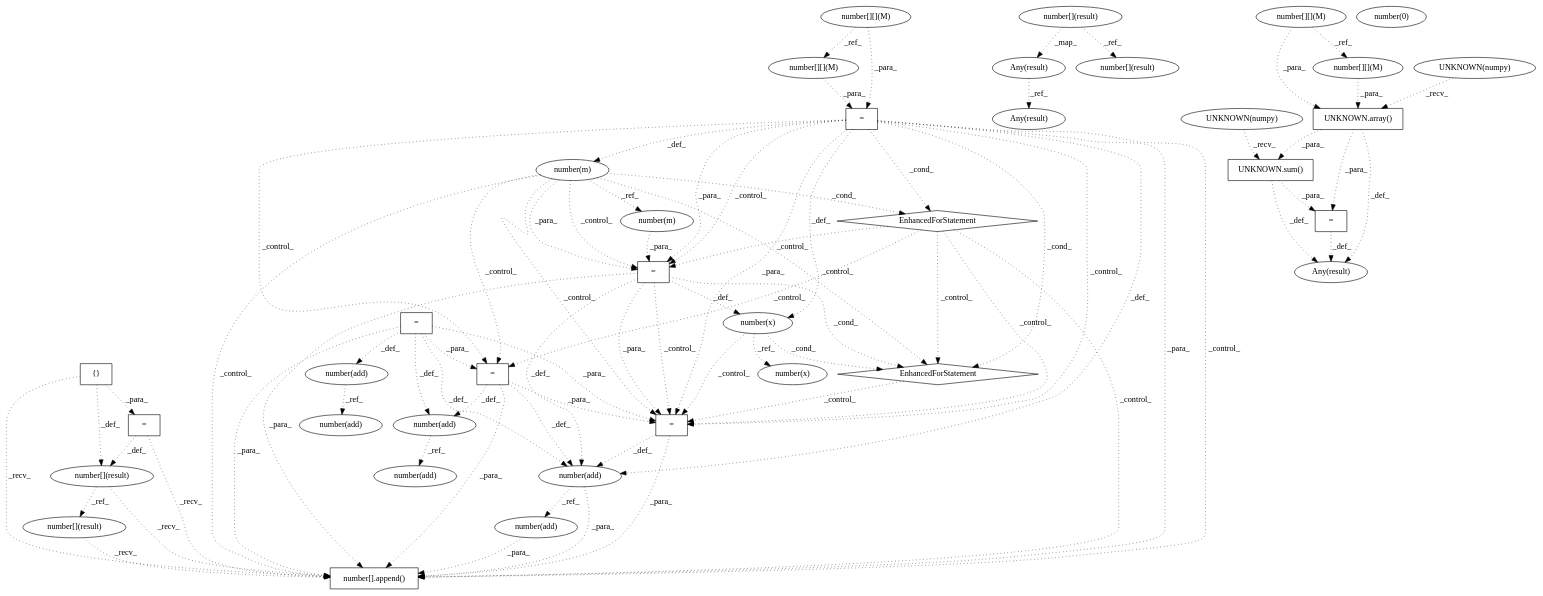
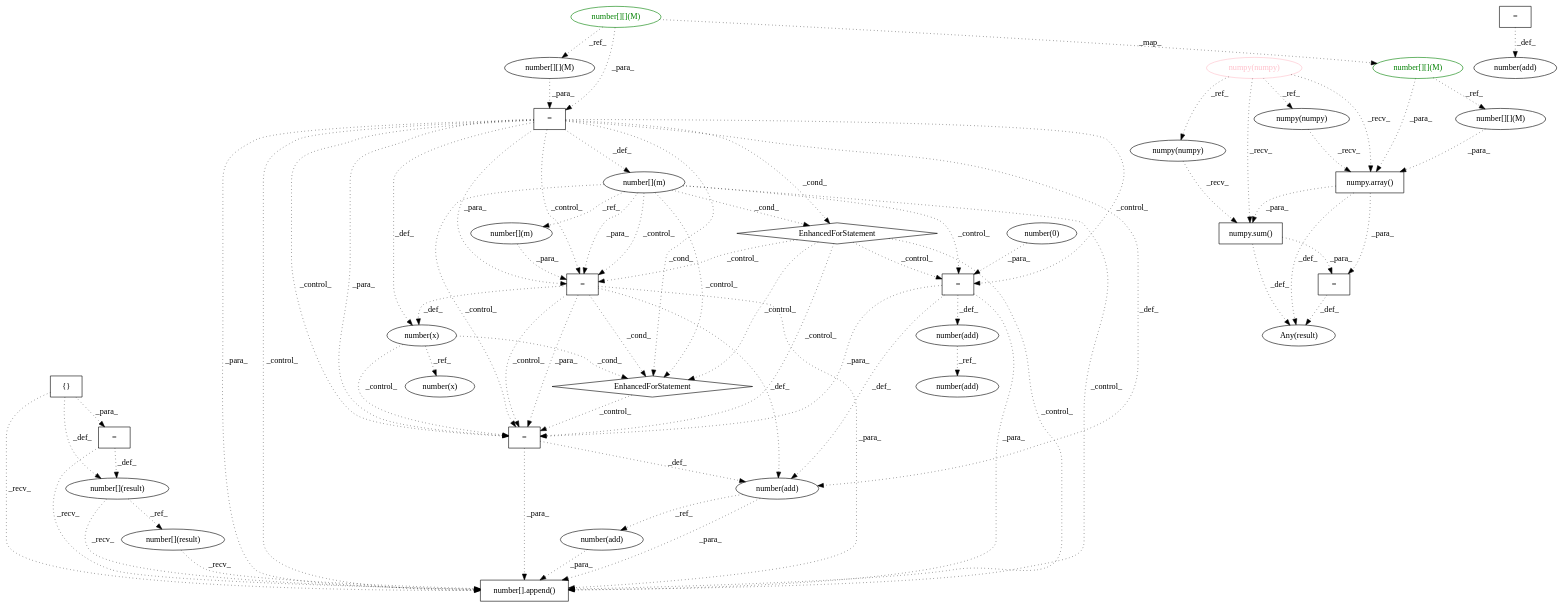
One commit to maldil/R-CPATMiner changed the diagram in AtomicASTChangeMining/OUTPUT/DEBUG/0b0b5cabd55953de19e86685dfa1dd2799bcc3fc___0.dot. Above: the diagram before and after it, drawn with Graphviz. The commit also changed 32 other files, not shown here.

```diff
--- a/AtomicASTChangeMining/OUTPUT/DEBUG/0b0b5cabd55953de19e86685dfa1dd2799bcc3fc___0.dot
+++ b/AtomicASTChangeMining/OUTPUT/DEBUG/0b0b5cabd55953de19e86685dfa1dd2799bcc3fc___0.dot
@@ -1,117 +1,110 @@
 digraph G {
-1 [label="{}" shape=box]
-2 [label="number(add)" shape=ellipse]
-3 [label="number[][](M)" shape=ellipse]
-4 [label="number(add)" shape=ellipse]
-5 [label="number[](result)" shape=ellipse]
-6 [label="number(m)" shape=ellipse]
-7 [label="Any(result)" shape=ellipse]
-8 [label="Any(result)" shape=ellipse]
-9 [label="number[][](M)" shape=ellipse]
-10 [label="UNKNOWN.array()" shape=box]
-11 [label="=" shape=box]
-12 [label="UNKNOWN.sum()" shape=box]
-13 [label="UNKNOWN(numpy)" shape=ellipse]
-14 [label="number(0)" shape=ellipse]
-15 [label="number(m)" shape=ellipse]
-16 [label="number(x)" shape=ellipse]
-17 [label="=" shape=box]
-18 [label="number(add)" shape=ellipse]
-19 [label="=" shape=box]
-20 [label="=" shape=box]
-21 [label="EnhancedForStatement" shape=diamond]
-22 [label="number[](result)" shape=ellipse]
-23 [label="number(add)" shape=ellipse]
-24 [label="number[](result)" shape=ellipse]
-25 [label="Any(result)" shape=ellipse]
-26 [label="number(add)" shape=ellipse]
-27 [label="number[][](M)" shape=ellipse]
-28 [label="number(x)" shape=ellipse]
-29 [label="number(add)" shape=ellipse]
-30 [label="=" shape=box]
-31 [label="number[].append()" shape=box]
-32 [label="number[](result)" shape=ellipse]
-33 [label="number[][](M)" shape=ellipse]
-34 [label="UNKNOWN(numpy)" shape=ellipse]
-35 [label="EnhancedForStatement" shape=diamond]
-36 [label="=" shape=box]
-37 [label="=" shape=box]
-19 -> 2 [label="_def_" style=dotted];
-33 -> 3 [label="_ref_" style=dotted];
-23 -> 4 [label="_ref_" style=dotted];
-11 -> 6 [label="_def_" style=dotted];
-17 -> 7 [label="_def_" style=dotted];
-12 -> 7 [label="_def_" style=dotted];
-10 -> 7 [label="_def_" style=dotted];
-5 -> 8 [label="_map_" style=dotted];
-34 -> 10 [label="_recv_" style=dotted];
-27 -> 10 [label="_para_" style=dotted];
-9 -> 10 [label="_para_" style=dotted];
-3 -> 11 [label="_para_" style=dotted];
-33 -> 11 [label="_para_" style=dotted];
-13 -> 12 [label="_recv_" style=dotted];
-10 -> 12 [label="_para_" style=dotted];
-6 -> 15 [label="_ref_" style=dotted];
-28 -> 16 [label="_ref_" style=dotted];
-12 -> 17 [label="_para_" style=dotted];
-10 -> 17 [label="_para_" style=dotted];
-30 -> 18 [label="_def_" style=dotted];
-36 -> 18 [label="_def_" style=dotted];
-11 -> 18 [label="_def_" style=dotted];
-20 -> 18 [label="_def_" style=dotted];
-19 -> 18 [label="_def_" style=dotted];
-21 -> 20 [label="_control_" style=dotted];
-19 -> 20 [label="_para_" style=dotted];
-6 -> 20 [label="_control_" style=dotted];
-11 -> 20 [label="_control_" style=dotted];
-6 -> 21 [label="_cond_" style=dotted];
-11 -> 21 [label="_cond_" style=dotted];
-32 -> 22 [label="_ref_" style=dotted];
-20 -> 23 [label="_def_" style=dotted];
-19 -> 23 [label="_def_" style=dotted];
-5 -> 24 [label="_ref_" style=dotted];
-8 -> 25 [label="_ref_" style=dotted];
-2 -> 26 [label="_ref_" style=dotted];
-9 -> 27 [label="_ref_" style=dotted];
-36 -> 28 [label="_def_" style=dotted];
-11 -> 28 [label="_def_" style=dotted];
-18 -> 29 [label="_ref_" style=dotted];
-35 -> 30 [label="_control_" style=dotted];
-36 -> 30 [label="_para_" style=dotted];
-11 -> 30 [label="_para_" style=dotted];
-20 -> 30 [label="_para_" style=dotted];
-19 -> 30 [label="_para_" style=dotted];
-21 -> 30 [label="_control_" style=dotted];
-28 -> 30 [label="_control_" style=dotted];
-36 -> 30 [label="_control_" style=dotted];
-11 -> 30 [label="_control_" style=dotted];
-6 -> 30 [label="_control_" style=dotted];
-21 -> 31 [label="_control_" style=dotted];
-22 -> 31 [label="_recv_" style=dotted];
-29 -> 31 [label="_para_" style=dotted];
-32 -> 31 [label="_recv_" style=dotted];
-37 -> 31 [label="_recv_" style=dotted];
-1 -> 31 [label="_recv_" style=dotted];
-18 -> 31 [label="_para_" style=dotted];
-30 -> 31 [label="_para_" style=dotted];
-36 -> 31 [label="_para_" style=dotted];
-11 -> 31 [label="_para_" style=dotted];
-20 -> 31 [label="_para_" style=dotted];
-19 -> 31 [label="_para_" style=dotted];
-6 -> 31 [label="_control_" style=dotted];
-11 -> 31 [label="_control_" style=dotted];
-37 -> 32 [label="_def_" style=dotted];
-1 -> 32 [label="_def_" style=dotted];
-21 -> 35 [label="_control_" style=dotted];
-28 -> 35 [label="_cond_" style=dotted];
-36 -> 35 [label="_cond_" style=dotted];
-11 -> 35 [label="_cond_" style=dotted];
-6 -> 35 [label="_control_" style=dotted];
-21 -> 36 [label="_control_" style=dotted];
-15 -> 36 [label="_para_" style=dotted];
-6 -> 36 [label="_para_" style=dotted];
-11 -> 36 [label="_para_" style=dotted];
-6 -> 36 [label="_control_" style=dotted];
-11 -> 36 [label="_control_" style=dotted];
-1 -> 37 [label="_para_" style=dotted];
+1 [label="=" shape=box]
+2 [label="=" shape=box]
+3 [label="number[](m)" shape=ellipse]
+4 [label="numpy.sum()" shape=box]
+5 [label="=" shape=box]
+6 [label="number[].append()" shape=box]
+7 [label="number[][](M)" shape=ellipse color=green fontcolor=green]
+8 [label="numpy(numpy)" shape=ellipse]
+9 [label="number(add)" shape=ellipse]
+10 [label="number[](result)" shape=ellipse]
+11 [label="number(add)" shape=ellipse]
+12 [label="numpy.array()" shape=box]
+13 [label="EnhancedForStatement" shape=diamond]
+14 [label="EnhancedForStatement" shape=diamond]
+15 [label="number(add)" shape=ellipse]
+16 [label="number(add)" shape=ellipse]
+17 [label="number(x)" shape=ellipse]
+18 [label="numpy(numpy)" shape=ellipse]
+19 [label="numpy(numpy)" shape=ellipse color=pink fontcolor=pink]
+20 [label="number[][](M)" shape=ellipse]
+21 [label="=" shape=box]
+22 [label="{}" shape=box]
+23 [label="number[][](M)" shape=ellipse color=green fontcolor=green]
+24 [label="=" shape=box]
+25 [label="number(0)" shape=ellipse]
+26 [label="=" shape=box]
+27 [label="number(add)" shape=ellipse]
+28 [label="number[][](M)" shape=ellipse]
+29 [label="number(x)" shape=ellipse]
+30 [label="number[](m)" shape=ellipse]
+31 [label="number[](result)" shape=ellipse]
+32 [label="Any(result)" shape=ellipse]
+33 [label="=" shape=box]
+14 -> 1 [label="_control_" style=dotted];
+3 -> 1 [label="_para_" style=dotted];
+30 -> 1 [label="_para_" style=dotted];
+21 -> 1 [label="_para_" style=dotted];
+30 -> 1 [label="_control_" style=dotted];
+21 -> 1 [label="_control_" style=dotted];
+22 -> 2 [label="_para_" style=dotted];
+30 -> 3 [label="_ref_" style=dotted];
+18 -> 4 [label="_recv_" style=dotted];
+19 -> 4 [label="_recv_" style=dotted];
+12 -> 4 [label="_para_" style=dotted];
+13 -> 5 [label="_control_" style=dotted];
+26 -> 5 [label="_para_" style=dotted];
+1 -> 5 [label="_para_" style=dotted];
+21 -> 5 [label="_para_" style=dotted];
+14 -> 5 [label="_control_" style=dotted];
+29 -> 5 [label="_control_" style=dotted];
+1 -> 5 [label="_control_" style=dotted];
+21 -> 5 [label="_control_" style=dotted];
+30 -> 5 [label="_control_" style=dotted];
+14 -> 6 [label="_control_" style=dotted];
+31 -> 6 [label="_recv_" style=dotted];
+11 -> 6 [label="_para_" style=dotted];
+10 -> 6 [label="_recv_" style=dotted];
+2 -> 6 [label="_recv_" style=dotted];
+22 -> 6 [label="_recv_" style=dotted];
+15 -> 6 [label="_para_" style=dotted];
+5 -> 6 [label="_para_" style=dotted];
+26 -> 6 [label="_para_" style=dotted];
+1 -> 6 [label="_para_" style=dotted];
+21 -> 6 [label="_para_" style=dotted];
+30 -> 6 [label="_control_" style=dotted];
+21 -> 6 [label="_control_" style=dotted];
+23 -> 7 [label="_map_" style=dotted];
+19 -> 8 [label="_ref_" style=dotted];
+33 -> 9 [label="_def_" style=dotted];
+2 -> 10 [label="_def_" style=dotted];
+22 -> 10 [label="_def_" style=dotted];
+15 -> 11 [label="_ref_" style=dotted];
+8 -> 12 [label="_recv_" style=dotted];
+28 -> 12 [label="_para_" style=dotted];
+19 -> 12 [label="_recv_" style=dotted];
+7 -> 12 [label="_para_" style=dotted];
+14 -> 13 [label="_control_" style=dotted];
+29 -> 13 [label="_cond_" style=dotted];
+1 -> 13 [label="_cond_" style=dotted];
+21 -> 13 [label="_cond_" style=dotted];
+30 -> 13 [label="_control_" style=dotted];
+30 -> 14 [label="_cond_" style=dotted];
+21 -> 14 [label="_cond_" style=dotted];
+5 -> 15 [label="_def_" style=dotted];
+26 -> 15 [label="_def_" style=dotted];
+1 -> 15 [label="_def_" style=dotted];
+21 -> 15 [label="_def_" style=dotted];
+27 -> 16 [label="_ref_" style=dotted];
+29 -> 17 [label="_ref_" style=dotted];
+19 -> 18 [label="_ref_" style=dotted];
+23 -> 20 [label="_ref_" style=dotted];
+20 -> 21 [label="_para_" style=dotted];
+23 -> 21 [label="_para_" style=dotted];
+4 -> 24 [label="_para_" style=dotted];
+12 -> 24 [label="_para_" style=dotted];
+14 -> 26 [label="_control_" style=dotted];
+25 -> 26 [label="_para_" style=dotted];
+30 -> 26 [label="_control_" style=dotted];
+21 -> 26 [label="_control_" style=dotted];
+26 -> 27 [label="_def_" style=dotted];
+7 -> 28 [label="_ref_" style=dotted];
+1 -> 29 [label="_def_" style=dotted];
+21 -> 29 [label="_def_" style=dotted];
+21 -> 30 [label="_def_" style=dotted];
+10 -> 31 [label="_ref_" style=dotted];
+24 -> 32 [label="_def_" style=dotted];
+4 -> 32 [label="_def_" style=dotted];
+12 -> 32 [label="_def_" style=dotted];
 }
```
